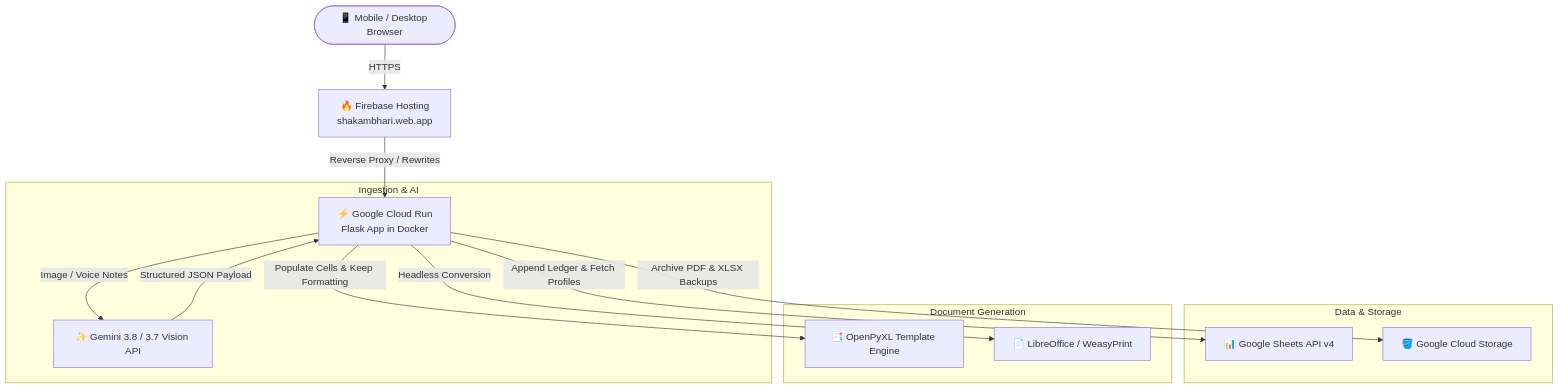
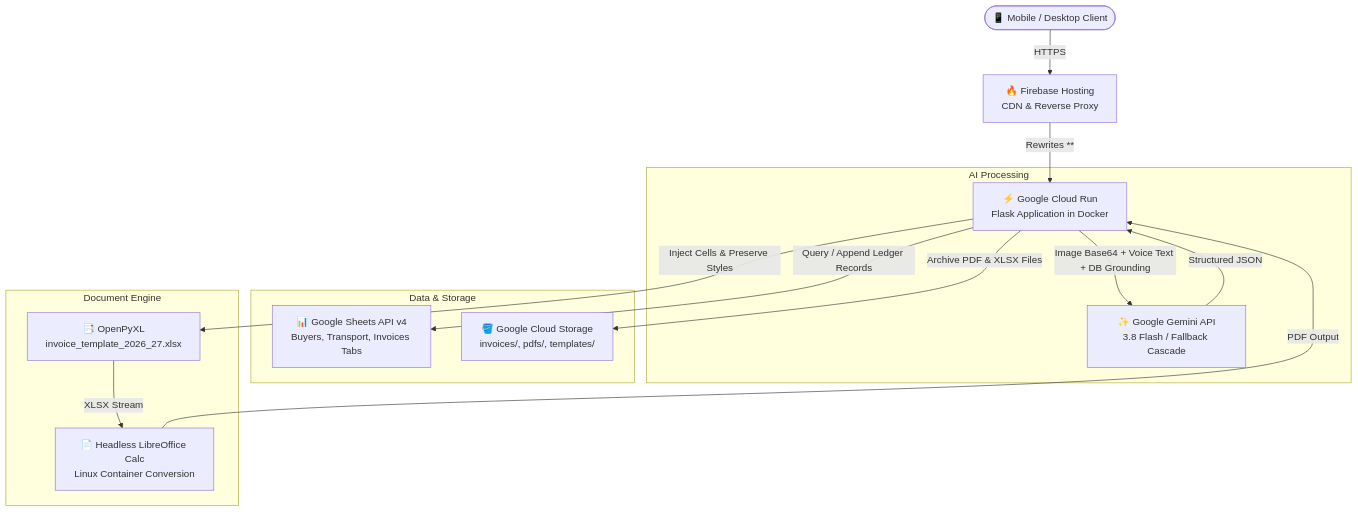
One commit to Suvichan2005/Shakambhari-Enterprises-Bill-Generator changed the diagram in README.md. Above: the diagram before and after it, drawn with Mermaid. The commit also changed other lines of this file, not shown here.

Commit message:
Update system architecture, end-to-end workflows, and technical documentation in README.md

````diff
--- a/README.md
+++ b/README.md
@@ -61,20 +108,21 @@
 ```mermaid
 flowchart TD
-    User([📱 Mobile / Desktop Browser]) -->|HTTPS| Firebase[🔥 Firebase Hosting<br>shakambhari.web.app]
-    Firebase -->|Reverse Proxy / Rewrites| CloudRun[⚡ Google Cloud Run<br>Flask App in Docker]
-    
-    subgraph Ingestion & AI
-        CloudRun -->|Image / Voice Notes| Gemini[✨ Gemini 3.8 / 3.7 Vision API]
-        Gemini -->|Structured JSON Payload| CloudRun
+    User([📱 Mobile / Desktop Client]) -->|HTTPS| Firebase[🔥 Firebase Hosting<br>CDN & Reverse Proxy]
+    Firebase -->|Rewrites **| CloudRun[⚡ Google Cloud Run<br>Flask Application in Docker]
+
+    subgraph AI Processing
+        CloudRun -->|Image Base64 + Voice Text + DB Grounding| Gemini[✨ Google Gemini API<br>3.8 Flash / Fallback Cascade]
+        Gemini -->|Structured JSON| CloudRun
     end
-    
+
     subgraph Data & Storage
-        CloudRun -->|Append Ledger & Fetch Profiles| Sheets[📊 Google Sheets API v4]
-        CloudRun -->|Archive PDF & XLSX Backups| GCS[🪣 Google Cloud Storage]
+        CloudRun -->|Query / Append Ledger Records| Sheets[📊 Google Sheets API v4<br>Buyers, Transport, Invoices Tabs]
+        CloudRun -->|Archive PDF & XLSX Files| GCS[🪣 Google Cloud Storage<br>invoices/, pdfs/, templates/]
     end
-    
-    subgraph Document Generation
-        CloudRun -->|Populate Cells & Keep Formatting| OpenPyXL[📑 OpenPyXL Template Engine]
-        CloudRun -->|Headless Conversion| PDFEngine[📄 LibreOffice / WeasyPrint]
+
+    subgraph Document Engine
+        CloudRun -->|Inject Cells & Preserve Styles| OpenPyXL[📑 OpenPyXL<br>invoice_template_2026_27.xlsx]
+        OpenPyXL -->|XLSX Stream| LibreOffice[📄 Headless LibreOffice Calc<br>Linux Container Conversion]
+        LibreOffice -->|PDF Output| CloudRun
     end
 ```
````
